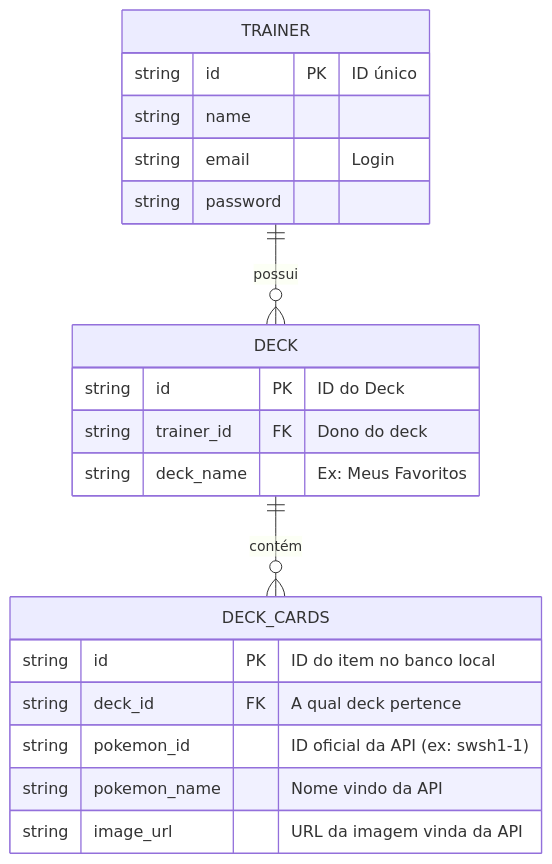
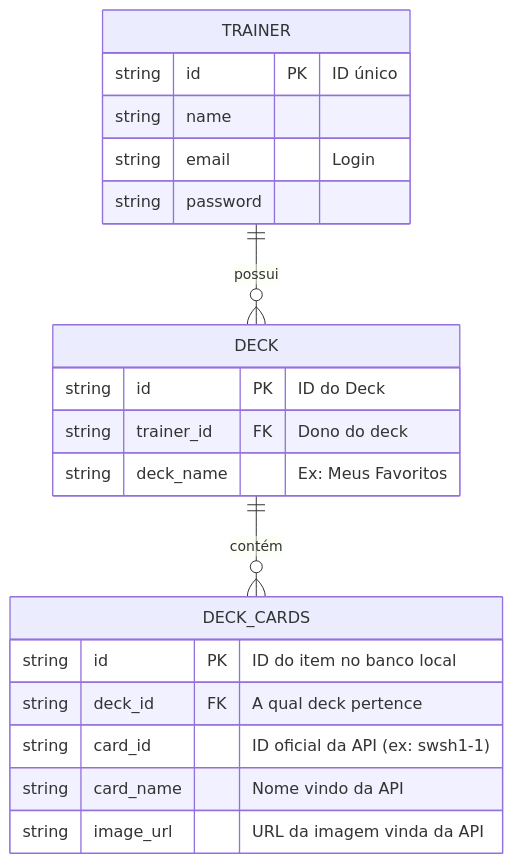
The diagram in docs/spec.md (emanuellilatczuk/pokemon-tcg), drawn with Mermaid before and after one commit. The commit also changed other lines of this file, not shown here.

````diff
--- a/docs/spec.md
+++ b/docs/spec.md
@@ -9,26 +9,26 @@
 ```mermaid
 erDiagram
     TRAINER ||--o{ DECK : "possui"
     DECK ||--o{ DECK_CARDS : "contém"
     
     TRAINER {
         string id PK "ID único"
         string name
         string email "Login"
         string password
     }
 
     DECK {
         string id PK "ID do Deck"
         string trainer_id FK "Dono do deck"
         string deck_name "Ex: Meus Favoritos"
     }
 
     DECK_CARDS {
         string id PK "ID do item no banco local"
         string deck_id FK "A qual deck pertence"
-        string pokemon_id "ID oficial da API (ex: swsh1-1)"
-        string pokemon_name "Nome vindo da API"
+        string card_id "ID oficial da API (ex: swsh1-1)"
+        string card_name "Nome vindo da API"
         string image_url "URL da imagem vinda da API"
     }
 ```
````
